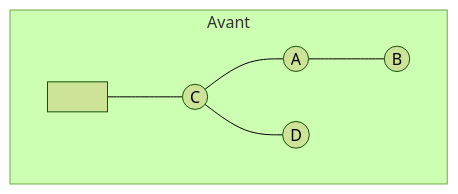
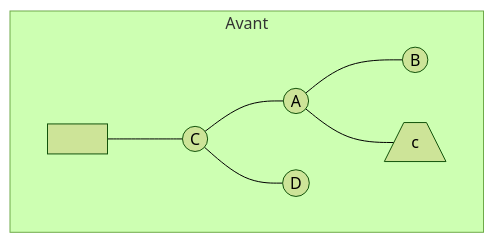
Before and after one commit to Kechidi/TP1: the diagram in cours/test.md, drawn with Mermaid (forest theme).

````diff
--- a/cours/test.md
+++ b/cours/test.md
@@ -1,7 +1,7 @@
 ```mermaid
 flowchart TD
   subgraph 0[Avant]
     R1[" "] --- C1((C)) --- A1((A)) & D1((D))
-    A1 --- B1(("B"))
+    A1 --- B1(("B")) & c1[/c\]
   end
 ```
````
